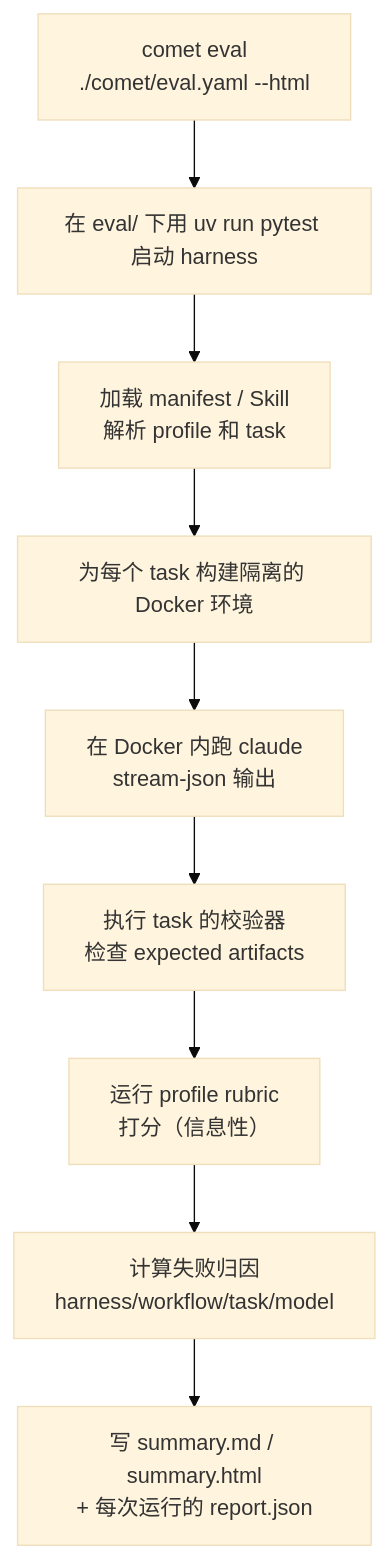
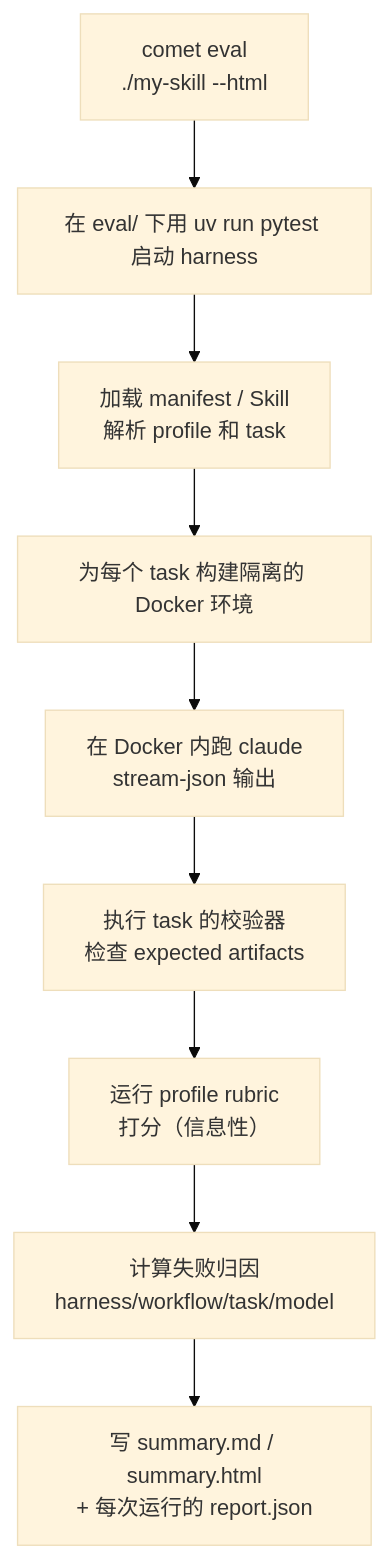
Before and after one commit to rpamis/comet-website-docs: the diagram in zh/eval/quickstart.mdx, drawn with Mermaid (base theme). The commit also changed other lines of this file and 9 other files, not shown here.

First line of the commit message:
docs: lead eval docs with skill-path entry, de-emphasize eval.yaml

````diff
--- a/zh/eval/quickstart.mdx
+++ b/zh/eval/quickstart.mdx
@@ -163,11 +171,11 @@
 ```mermaid
 flowchart TD
-    A["comet eval<br/>./comet/eval.yaml --html"] --> B["在 eval/ 下用 uv run pytest 启动 harness"]
+    A["comet eval<br/>./my-skill --html"] --> B["在 eval/ 下用 uv run pytest 启动 harness"]
     B --> C["加载 manifest / Skill<br/>解析 profile 和 task"]
     C --> D["为每个 task 构建隔离的 Docker 环境"]
     D --> E["在 Docker 内跑 claude<br/>stream-json 输出"]
     E --> F["执行 task 的校验器<br/>检查 expected artifacts"]
     F --> G["运行 profile rubric<br/>打分（信息性）"]
     G --> H["计算失败归因<br/>harness/workflow/task/model"]
     H --> I["写 summary.md / summary.html<br/>+ 每次运行的 report.json"]
 ```
````
